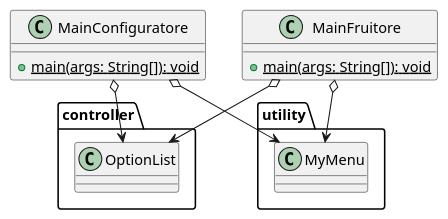
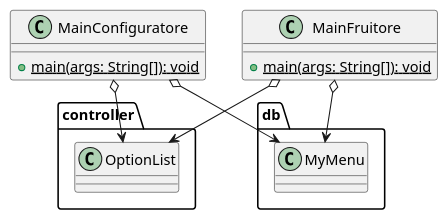
One commit to bernagit/IngegneriaSoftware changed the diagram in Documentation/Ver2/main.puml. Above: the diagram before and after it, drawn with PlantUML. The commit also changed 37 other files, not shown here.

```diff
--- a/Documentation/Ver2/main.puml
+++ b/Documentation/Ver2/main.puml
@@ -1,19 +1,19 @@
 @startuml main
 
 class MainConfiguratore {
     +{static} main(args: String[]): void
 }
 
 class MainFruitore {
     +{static} main(args: String[]): void
 }
 
 
 MainConfiguratore o--> controller.OptionList
-MainConfiguratore o--> utility.MyMenu
+MainConfiguratore o--> db.MyMenu
 
 MainFruitore o--> controller.OptionList
-MainFruitore o--> utility.MyMenu
+MainFruitore o--> db.MyMenu
 
 
 @enduml
```
